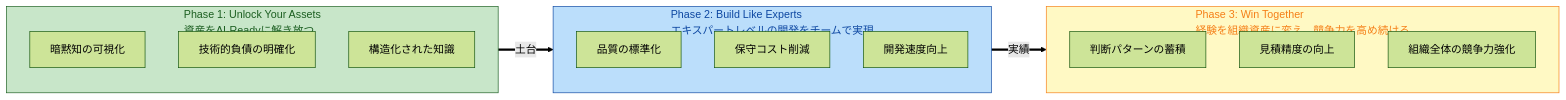
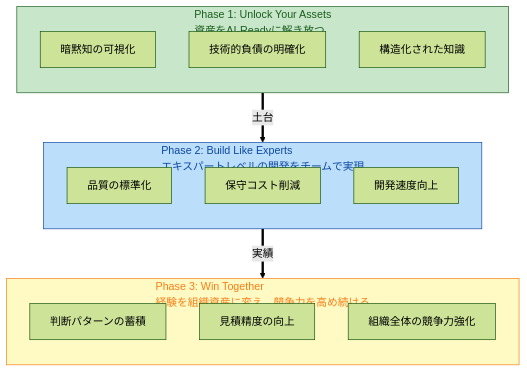
One commit to nablarch/nabledge-dev changed the diagram in doc/tobe/nabledge_press.md. Above: the diagram before and after it, drawn with Mermaid (forest theme).

Commit message:
Change 3-phase diagram layout to vertical
Change graph direction from LR (left-right) to TD (top-down)
for better vertical layout of the three phases.

````diff
--- a/doc/tobe/nabledge_press.md
+++ b/doc/tobe/nabledge_press.md
@@ -59,39 +59,39 @@
 ```mermaid
-graph LR
+graph TD
   %% ===== Phase 1: Unlock =====
   subgraph P1["Phase 1: Unlock Your Assets<br/>資産をAI-Readyに解き放つ"]
     direction TB
     U1["暗黙知の可視化"]
     U2["技術的負債の明確化"]
     U3["構造化された知識"]
   end
 
   %% ===== Phase 2: Build =====
   subgraph P2["Phase 2: Build Like Experts<br/>エキスパートレベルの開発をチームで実現"]
     direction TB
     B1["品質の標準化"]
     B2["保守コスト削減"]
     B3["開発速度向上"]
   end
 
   %% ===== Phase 3: Win =====
   subgraph P3["Phase 3: Win Together<br/>経験を組織資産に変え、競争力を高め続ける"]
     direction TB
     W1["判断パターンの蓄積"]
     W2["見積精度の向上"]
     W3["組織全体の競争力強化"]
   end
 
   %% ===== フェーズ間の関係 =====
   P1 ==>|"土台"| P2
   P2 ==>|"実績"| P3
 
   %% ===== スタイル =====
   classDef phase1 fill:#c8e6c9,stroke:#1b5e20,color:#1b5e20
   classDef phase2 fill:#bbdefb,stroke:#0d47a1,color:#0d47a1
   classDef phase3 fill:#fff9c4,stroke:#f57f17,color:#f57f17
 
   class P1 phase1
   class P2 phase2
   class P3 phase3
 ```
````
